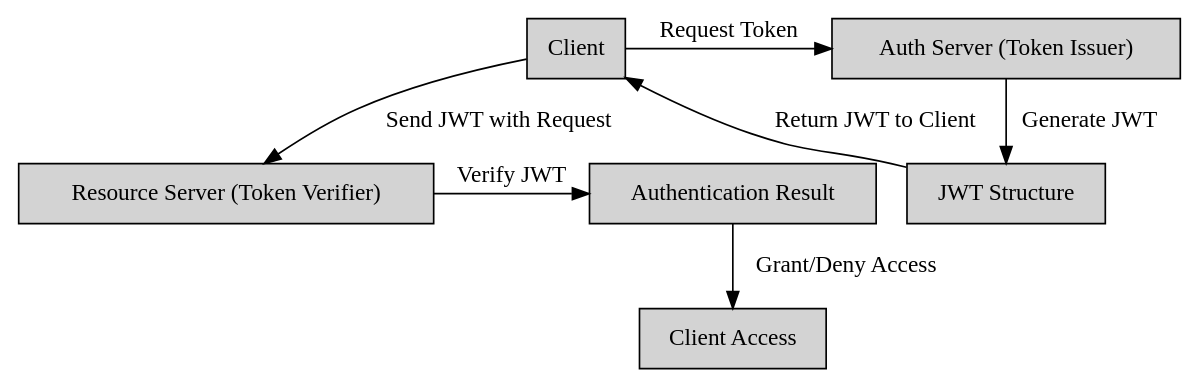
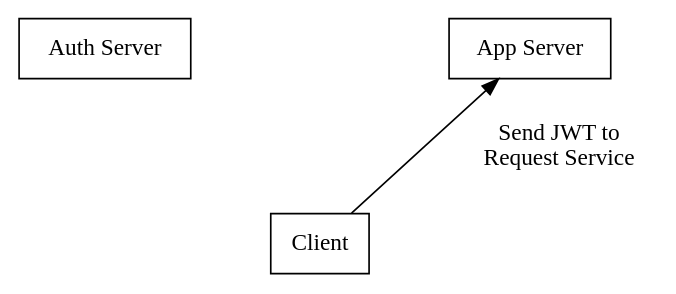
Before and after one commit to aocks/ox_jwt: the fourth of 5 diagrams in slides.org, drawn with Graphviz. The commit also changed other lines of this file, not shown here.

```diff
--- a/slides.org
+++ b/slides.org
@@ -104,25 +213,28 @@
-#+begin_src dot :cmdline -Kdot -Tpng :exports results :file images/jwt-process.png
+#+begin_src dot :cmdline -Kdot -Tjpg :exports results :file images/jwt-auth-vs-app-request-app.jpg
 
-digraph jwt_process {
-    node[shape=box, style=filled];
+digraph auth_system {
+    // Define subgraphs
+    subgraph top {
+        rank=same;
+        AuthServer [label="Auth Server", shape=box];
+        hidden [style=invis];
+        AppServer [label="App Server", shape=box];
+    }
 
-    client[label="Client"];
-    auth_server[label="Auth Server (Token Issuer)"];
-    jwt_structure[label="JWT Structure"];
-    resource_server[label="Resource Server (Token Verifier)"];
-    authentication_result[label="Authentication Result"];
-    client_access[label="Client Access"];
+    subgraph bottom {
+        rank=same;
+        Client [label="Client", shape=box];
+    }
 
-    client -> auth_server[label="Request Token"];
-    auth_server -> jwt_structure[label="Generate JWT"];
-    jwt_structure -> client[label="Return JWT to Client"];
+    // Define connections
+    AuthServer -> Client [label="JWT", constraint=false, splines=ortho,style=invis];
+    Client -> AuthServer [label="Authenticate\n(e.g., login\nor OAuth)", constraint=false, splines=ortho,style=invis];
+    Client -> AppServer [label="Send JWT to\nRequest Service", constraint=false, splines=ortho];
 
-    client -> resource_server[label="Send JWT with Request"];
-    resource_server -> authentication_result[label="Verify JWT"];
-    authentication_result -> client_access[label="Grant/Deny Access"];
+    // Define hidden edges to force layout
+    AuthServer -> hidden [style=invis];
+    hidden -> AppServer [style=invis];
+    hidden -> Client [style=invis];
+}
 
-    {rank=same; client; auth_server;}
-    {rank=same; resource_server; authentication_result;}
-    {rank=same; client_access;}
-}
 #+end_src
```
